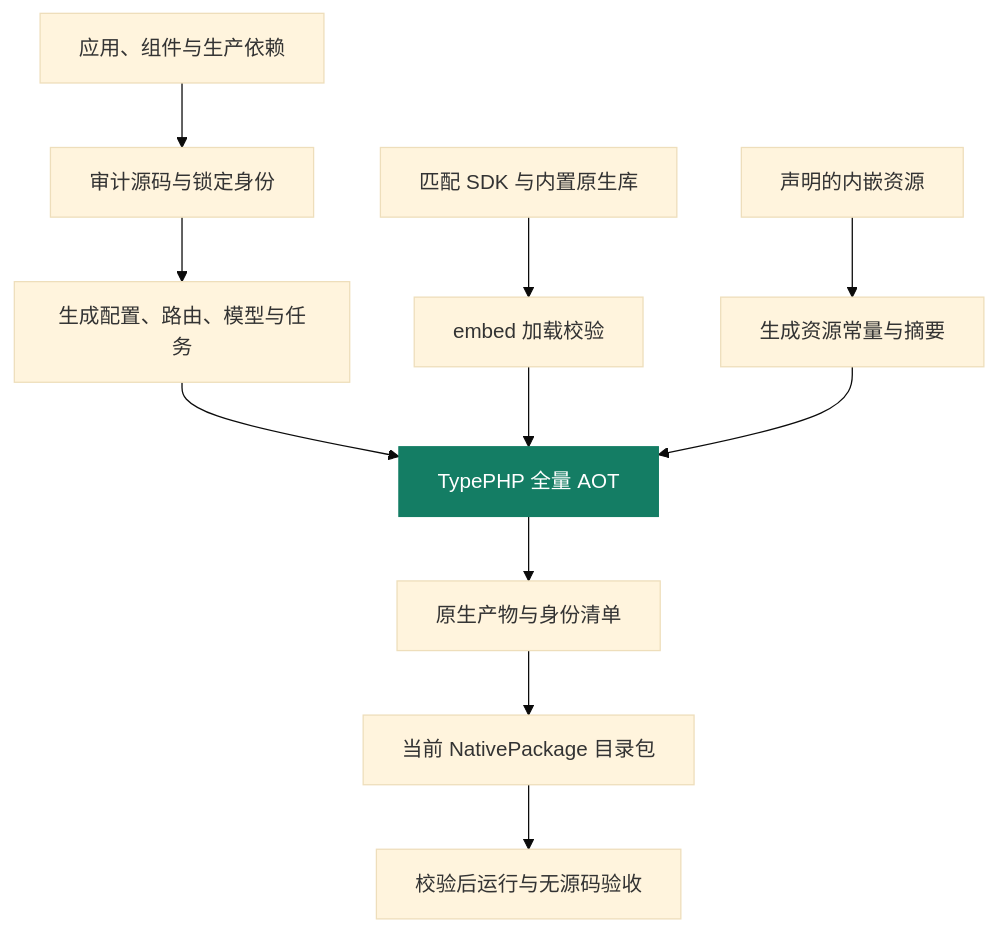
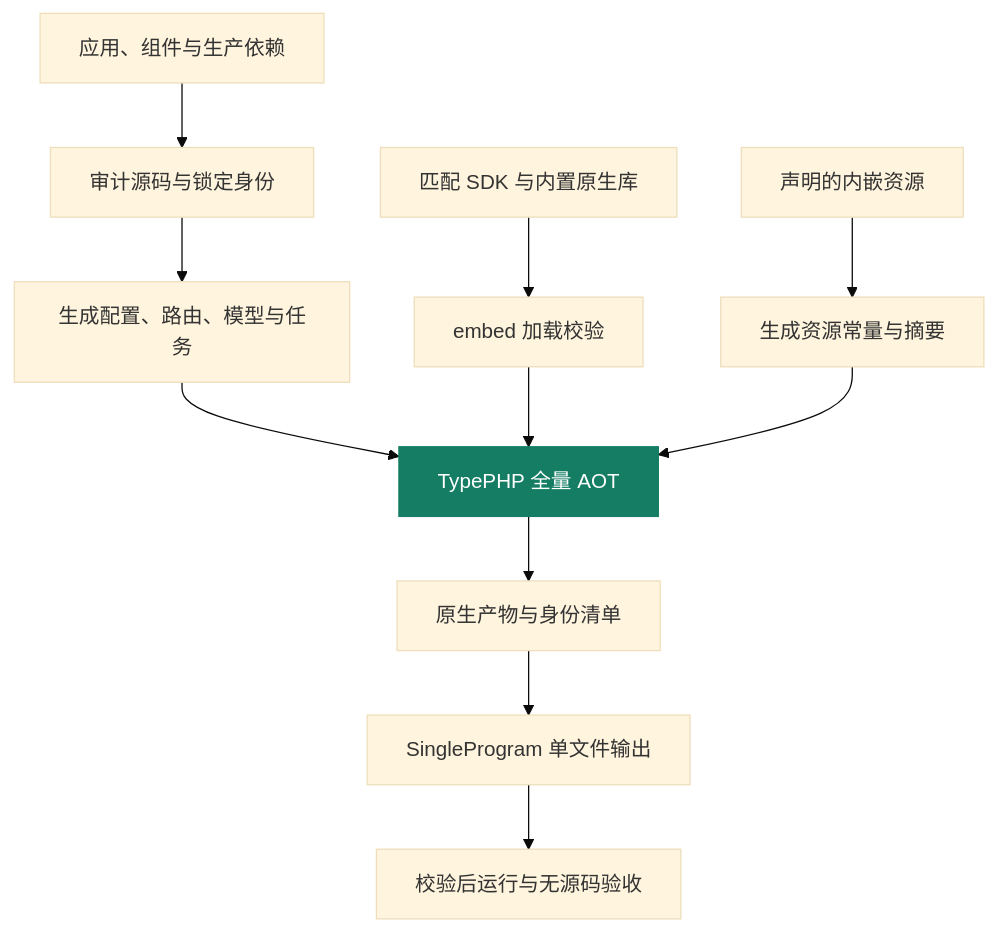
Before and after one commit to zoujingli/typeapp: the first of 2 diagrams in docs/guide/plugins/type-build.md, drawn with Mermaid (base theme). The commit also changed other lines of this file and 46 other files, not shown here.

````diff
--- a/docs/guide/plugins/type-build.md
+++ b/docs/guide/plugins/type-build.md
@@ -13,14 +13,14 @@
 ```mermaid
 flowchart TB
     App[应用、组件与生产依赖] --> Audit[审计源码与锁定身份]
     Audit --> Generate[生成配置、路由、模型与任务]
     Generate --> Compile[TypePHP 全量 AOT]
     SDK[匹配 SDK 与内置原生库] --> Probe[embed 加载校验]
     Probe --> Compile
     Assets[声明的内嵌资源] --> Resource[生成资源常量与摘要]
     Resource --> Compile
     Compile --> Artifact[原生产物与身份清单]
-    Artifact --> Package[当前 NativePackage 目录包]
+    Artifact --> Package[SingleProgram 单文件输出]
     Package --> Verify[校验后运行与无源码验收]
     style Compile fill:#147d64,color:#fff,stroke:#147d64
 ```
````
